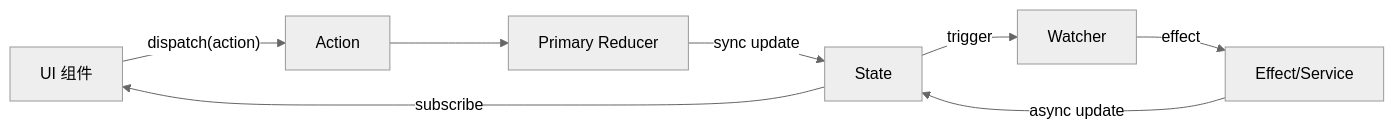
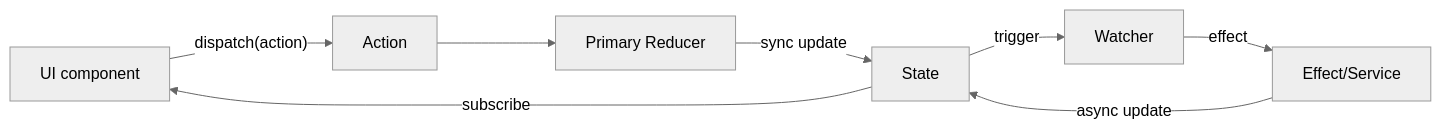
The diagram in apps/docs/content/docs/guide/essentials/thinking-in-logix.md (yoyooyooo/logix), drawn with Mermaid (neutral theme) before and after one commit. The commit also changed other lines of this file and 276 other files, not shown here.

````diff
--- a/apps/docs/content/docs/guide/essentials/thinking-in-logix.md
+++ b/apps/docs/content/docs/guide/essentials/thinking-in-logix.md
@@ -109,10 +109,10 @@
 ```mermaid
 graph LR
-    UI["UI 组件"] -->|"dispatch(action)"| A["Action"]
+    UI["UI component"] -->|"dispatch(action)"| A["Action"]
     A --> R["Primary Reducer"]
     R -->|"sync update"| S["State"]
     S -->|"trigger"| W["Watcher"]
     W -->|"effect"| E["Effect/Service"]
     E -->|"async update"| S
     S -->|"subscribe"| UI
 ```
````
